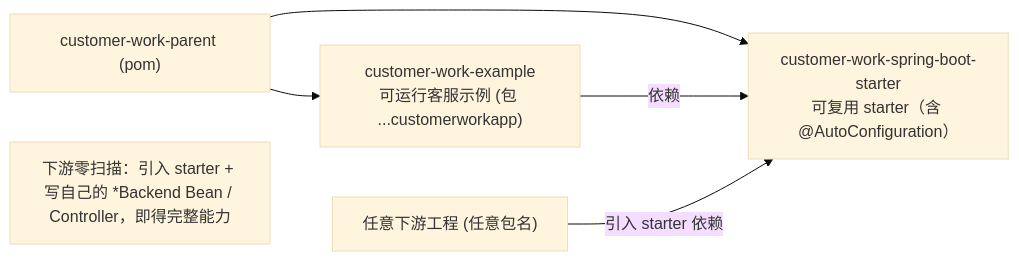
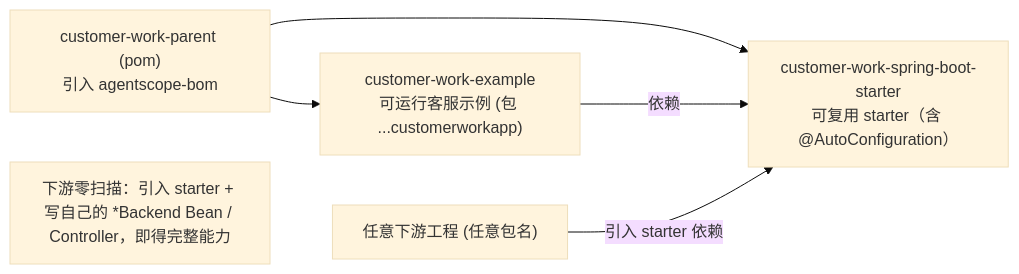
The second of 26 diagrams in docs/详细技术文档.md (liulangjietou/customer_work), drawn with Mermaid (base theme) before and after one commit. The commit also changed other lines of this file, not shown here.

````diff
--- a/docs/详细技术文档.md
+++ b/docs/详细技术文档.md
@@ -103,8 +119,8 @@
 ```mermaid
 flowchart LR
-    PARENT["customer-work-parent (pom)"] --> ST["customer-work-spring-boot-starter<br/>可复用 starter（含 @AutoConfiguration）"]
+    PARENT["customer-work-parent (pom)<br/>引入 agentscope-bom"] --> ST["customer-work-spring-boot-starter<br/>可复用 starter（含 @AutoConfiguration）"]
     PARENT --> EX["customer-work-example<br/>可运行客服示例 (包 ...customerworkapp)"]
     EX -->|依赖| ST
     DOWN["任意下游工程 (任意包名)"] -->|引入 starter 依赖| ST
     note["下游零扫描：引入 starter + 写自己的 *Backend Bean / Controller，即得完整能力"]
 ```
````
